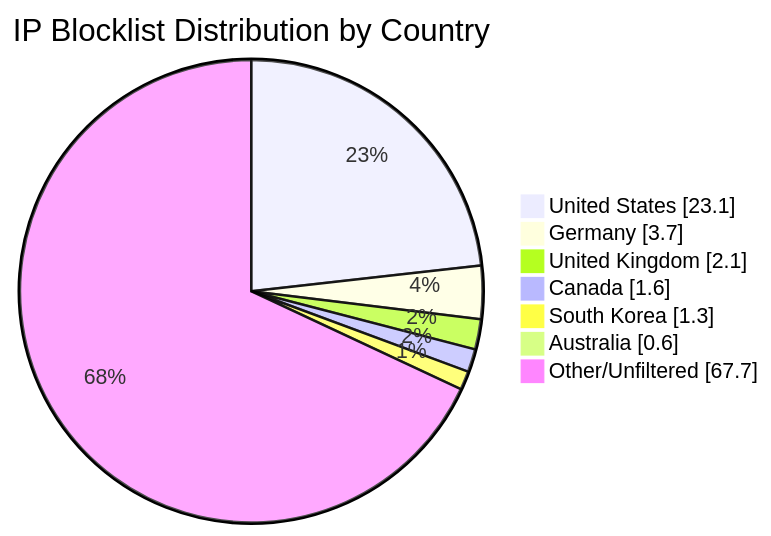
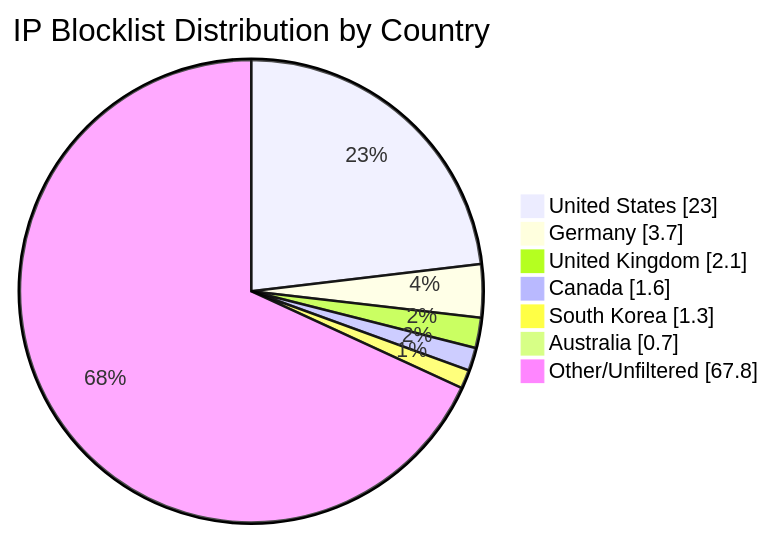
The diagram in README.md (MarcusHoltz/ipblocklist-geofiltered-aggregator), drawn with Mermaid before and after one commit. The commit also changed other lines of this file and 9 other files, not shown here.

````diff
--- a/README.md
+++ b/README.md
@@ -34,10 +34,10 @@
 ```mermaid
 pie showData title IP Blocklist Distribution by Country
-"United States" : 23.1
+"United States" : 23.0
 "Germany" : 3.7
 "United Kingdom" : 2.1
 "Canada" : 1.6
 "South Korea" : 1.3
-"Australia" : 0.6
-"Other/Unfiltered" : 67.7
+"Australia" : 0.7
+"Other/Unfiltered" : 67.8
 ```
````
